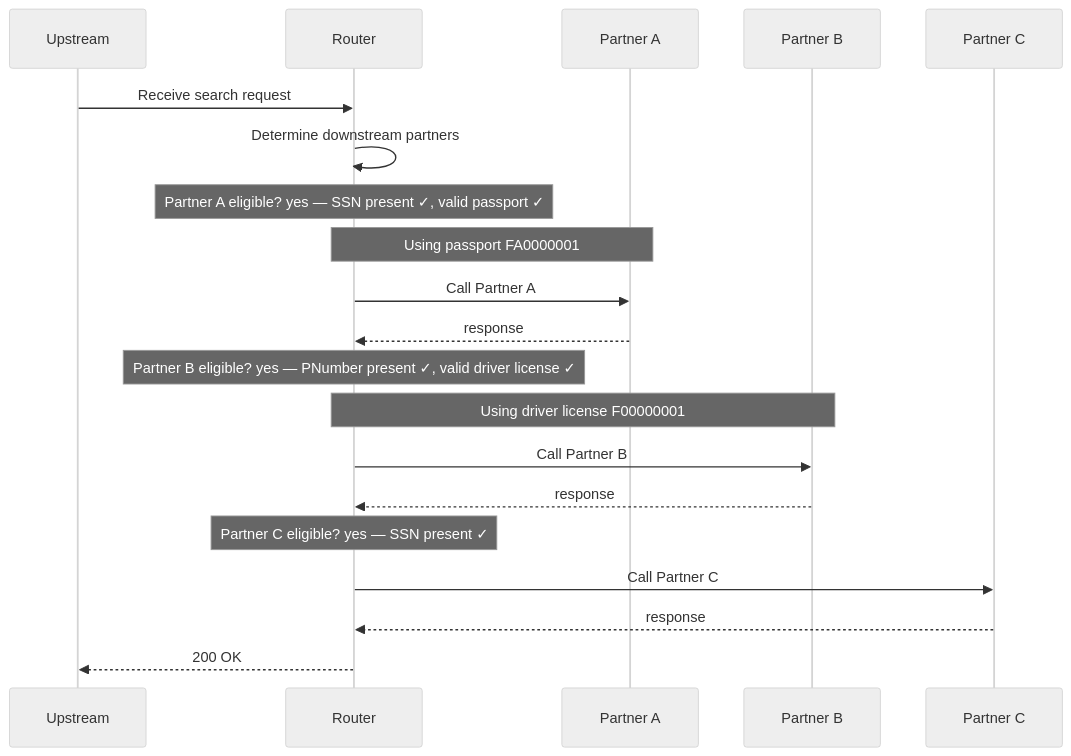
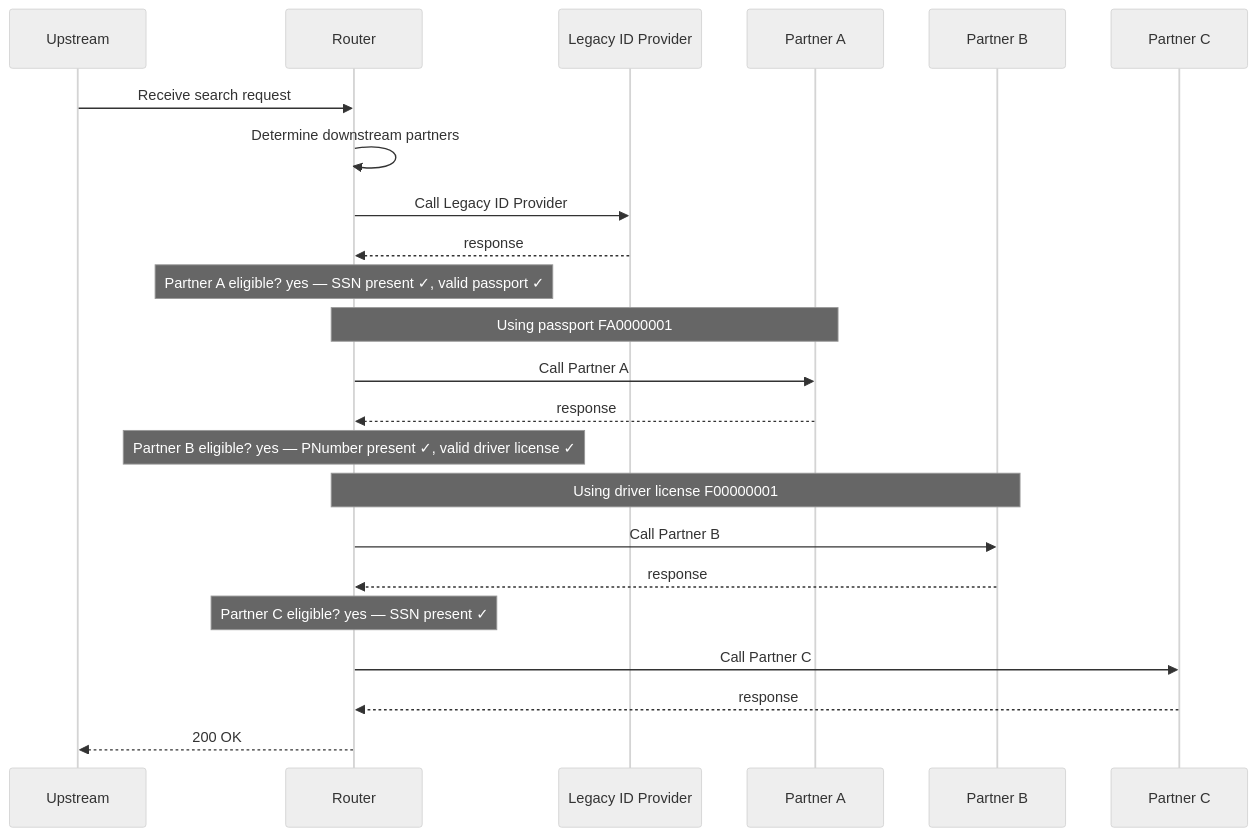
Before and after one commit to jwdomes/automockit: the diagram in main-app/docs/flows/all-partners.mmd, drawn with Mermaid (neutral theme). The commit also changed 37 other files, not shown here.

First line of the commit message:
Resolve a person id through a new or legacy ID provider

```diff
--- a/main-app/docs/flows/all-partners.mmd
+++ b/main-app/docs/flows/all-partners.mmd
@@ -1,21 +1,24 @@
 sequenceDiagram
     %% SSN, PNumber, valid passport and license: A, B and C are all called
     participant UPSTREAM as Upstream
     participant ROUTER as Router
+    participant LEGACY_ID_PROVIDER as Legacy ID Provider
     participant PARTNER_A as Partner A
     participant PARTNER_B as Partner B
     participant PARTNER_C as Partner C
     UPSTREAM->>ROUTER: Receive search request
     ROUTER->>ROUTER: Determine downstream partners
+    ROUTER->>LEGACY_ID_PROVIDER: Call Legacy ID Provider
+    LEGACY_ID_PROVIDER-->>ROUTER: response
     Note over ROUTER: Partner A eligible? yes — SSN present ✓, valid passport ✓
     Note over ROUTER,PARTNER_A: Using passport FA0000001
     ROUTER->>PARTNER_A: Call Partner A
     PARTNER_A-->>ROUTER: response
     Note over ROUTER: Partner B eligible? yes — PNumber present ✓, valid driver license ✓
     Note over ROUTER,PARTNER_B: Using driver license F00000001
     ROUTER->>PARTNER_B: Call Partner B
     PARTNER_B-->>ROUTER: response
     Note over ROUTER: Partner C eligible? yes — SSN present ✓
     ROUTER->>PARTNER_C: Call Partner C
     PARTNER_C-->>ROUTER: response
     ROUTER-->>UPSTREAM: 200 OK
```
